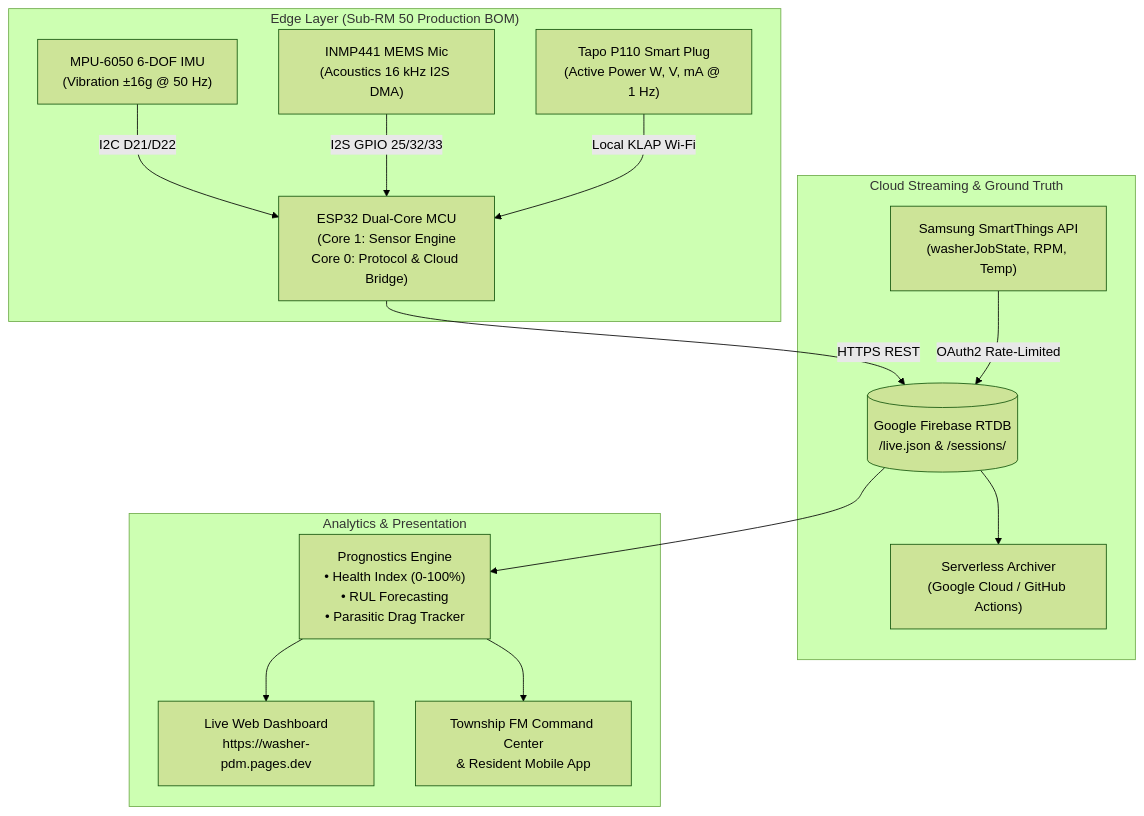
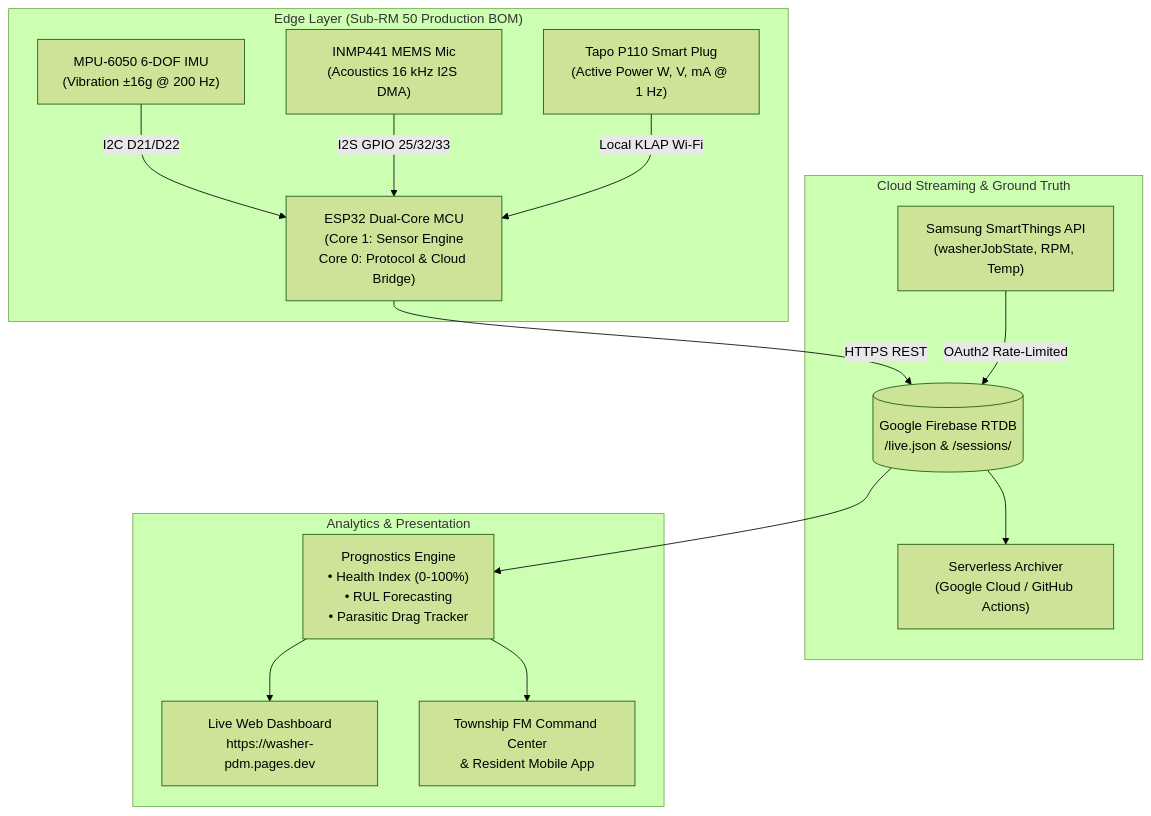
Before and after one commit to adamdanishj30/washer-pdm: the second of 3 diagrams in docs/proposals/PROPOSAL_Apex_PdM_Township_of_Tomorrow.md, drawn with Mermaid (forest theme). The commit also changed other lines of this file and 5 other files, not shown here.

````diff
--- a/docs/proposals/PROPOSAL_Apex_PdM_Township_of_Tomorrow.md
+++ b/docs/proposals/PROPOSAL_Apex_PdM_Township_of_Tomorrow.md
@@ -115,30 +117,30 @@
 ```mermaid
 flowchart TD
     subgraph Edge["Edge Layer (Sub-RM 50 Production BOM)"]
-        S1["MPU-6050 6-DOF IMU<br/>(Vibration ±16g @ 50 Hz)"]
+        S1["MPU-6050 6-DOF IMU<br/>(Vibration ±16g @ 200 Hz)"]
         S2["INMP441 MEMS Mic<br/>(Acoustics 16 kHz I2S DMA)"]
         ESP["ESP32 Dual-Core MCU<br/>(Core 1: Sensor Engine<br/>Core 0: Protocol & Cloud Bridge)"]
         P110["Tapo P110 Smart Plug<br/>(Active Power W, V, mA @ 1 Hz)"]
         S1 -->|I2C D21/D22| ESP
         S2 -->|I2S GPIO 25/32/33| ESP
         P110 -->|Local KLAP Wi-Fi| ESP
     end
 
     subgraph Cloud["Cloud Streaming & Ground Truth"]
         RTDB[("Google Firebase RTDB<br/>/live.json & /sessions/")]
         ST["Samsung SmartThings API<br/>(washerJobState, RPM, Temp)"]
         GAS["Serverless Archiver<br/>(Google Cloud / GitHub Actions)"]
         ESP -->|HTTPS REST| RTDB
         ST -->|OAuth2 Rate-Limited| RTDB
         RTDB --> GAS
     end
 
     subgraph Intelligence["Analytics & Presentation"]
         ML["Prognostics Engine<br/>• Health Index (0-100%)<br/>• RUL Forecasting<br/>• Parasitic Drag Tracker"]
         DASH["Live Web Dashboard<br/>https://washer-pdm.pages.dev"]
         APP["Township FM Command Center<br/>& Resident Mobile App"]
         RTDB --> ML
         ML --> DASH
         ML --> APP
     end
 ```
````
